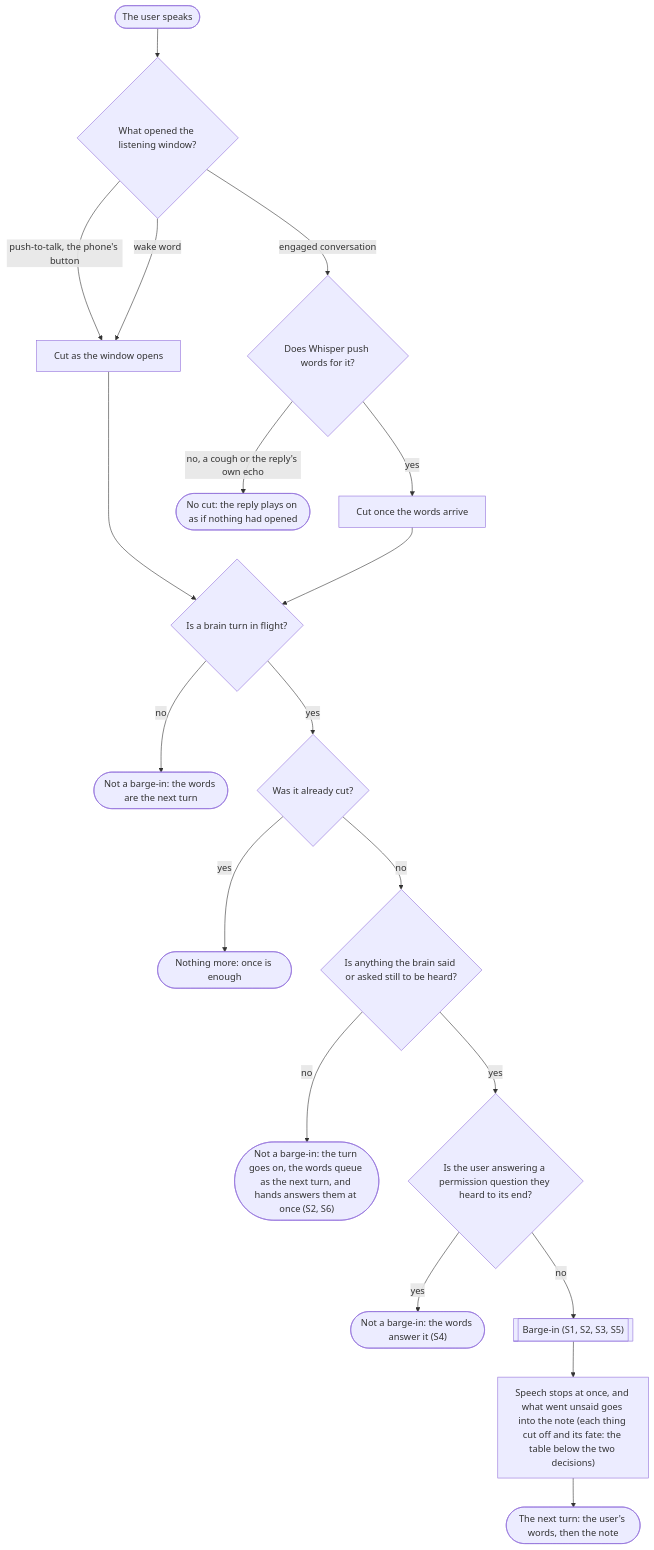
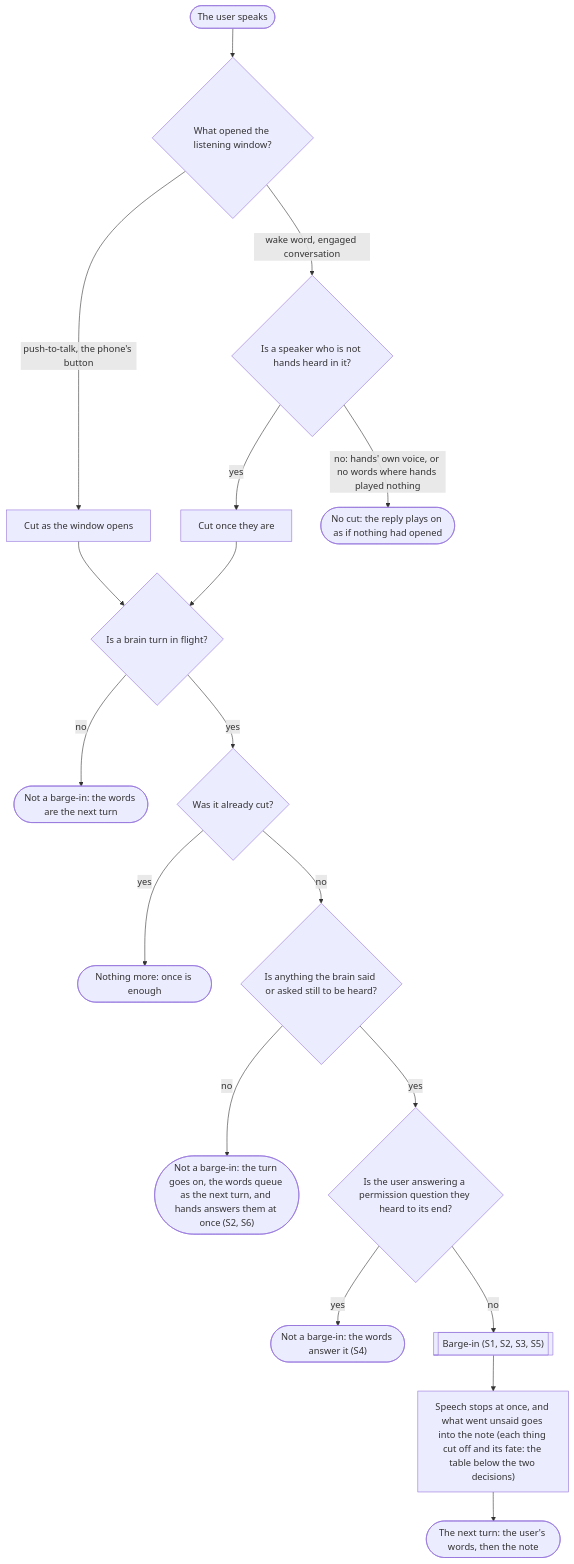
One commit to promptctl/cc-hands changed the first of 7 diagrams in docs/barge-in.md. Above: the diagram before and after it, drawn with Mermaid. The commit also changed other lines of this file and 20 other files, not shown here.

First line of the commit message:
voice: only a speaker who is not hands cuts hands off (promptctl-voice-i15t.8vg.idh) (#457)

````diff
--- a/docs/barge-in.md
+++ b/docs/barge-in.md
@@ -54,21 +53,20 @@
 ```mermaid
 flowchart TD
     speak(["The user speaks"]) --> opened{"What opened the listening window?"}
     opened -- "push-to-talk, the phone's button" --> now["Cut as the window opens"]
-    opened -- "wake word" --> now
-    opened -- "engaged conversation" --> whisper{"Does Whisper push words for it?"}
-    whisper -- "yes" --> words["Cut once the words arrive"]
-    whisper -- "no, a cough or the reply's own echo" --> nocut(["No cut: the reply plays on as if nothing had opened"])
+    opened -- "wake word, engaged conversation" --> whisper{"Is a speaker who is not hands heard in it?"}
+    whisper -- "yes" --> words["Cut once they are"]
+    whisper -- "no: hands' own voice, or no words where hands played nothing" --> nocut(["No cut: the reply plays on as if nothing had opened"])
     now --> inflight{"Is a brain turn in flight?"}
     words --> inflight
     inflight -- "no" --> nextturn(["Not a barge-in: the words are the next turn"])
     inflight -- "yes" --> again{"Was it already cut?"}
     again -- "yes" --> once(["Nothing more: once is enough"])
     again -- "no" --> left{"Is anything the brain said or asked still to be heard?"}
     left -- "no" --> queue(["Not a barge-in: the turn goes on, the words queue as the next turn, and hands answers them at once (S2, S6)"])
     left -- "yes" --> heard{"Is the user answering a permission question they heard to its end?"}
     heard -- "yes" --> answer(["Not a barge-in: the words answer it (S4)"])
     heard -- "no" --> barge[["Barge-in (S1, S2, S3, S5)"]]
     barge --> fates["Speech stops at once, and what went unsaid goes into the note (each thing cut off and its fate: the table below the two decisions)"]
     fates --> note(["The next turn: the user's words, then the note"])
 ```
````
